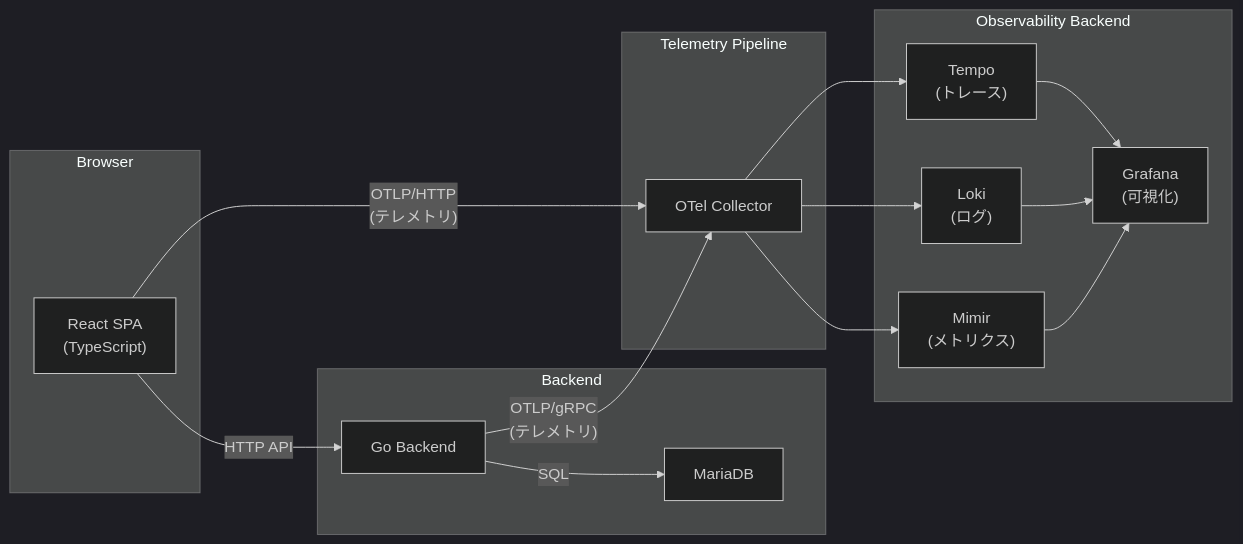
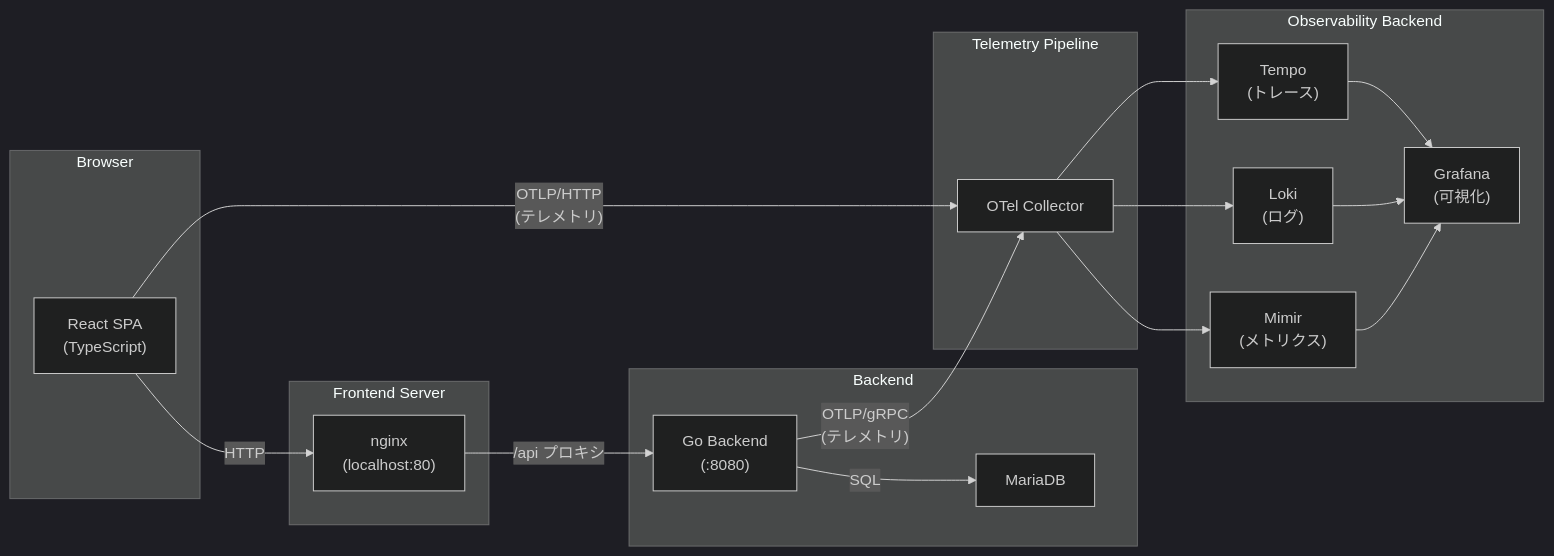
One commit to hidekingerz/otel-practice-env changed the diagram in docs/explanation/architecture.md. Above: the diagram before and after it, drawn with Mermaid (dark theme). The commit also changed other lines of this file and 4 other files, not shown here.

````diff
--- a/docs/explanation/architecture.md
+++ b/docs/explanation/architecture.md
@@ -5,36 +5,41 @@
 ```mermaid
 graph LR
     subgraph Browser
         React["React SPA<br/>(TypeScript)"]
     end
 
+    subgraph "Frontend Server"
+        nginx["nginx<br/>(localhost:80)"]
+    end
+
     subgraph Backend
-        Go["Go Backend"]
+        Go["Go Backend<br/>(:8080)"]
         DB["MariaDB"]
     end
 
     subgraph "Telemetry Pipeline"
         Collector["OTel Collector"]
     end
 
     subgraph "Observability Backend"
         Tempo["Tempo<br/>(トレース)"]
         Loki["Loki<br/>(ログ)"]
         Mimir["Mimir<br/>(メトリクス)"]
         Grafana["Grafana<br/>(可視化)"]
     end
 
-    React -- "HTTP API" --> Go
+    React -- "HTTP" --> nginx
+    nginx -- "/api プロキシ" --> Go
     Go -- "SQL" --> DB
 
     React -- "OTLP/HTTP<br/>(テレメトリ)" --> Collector
     Go -- "OTLP/gRPC<br/>(テレメトリ)" --> Collector
 
     Collector --> Tempo
     Collector --> Loki
     Collector --> Mimir
 
     Tempo --> Grafana
     Loki --> Grafana
     Mimir --> Grafana
 ```
````
